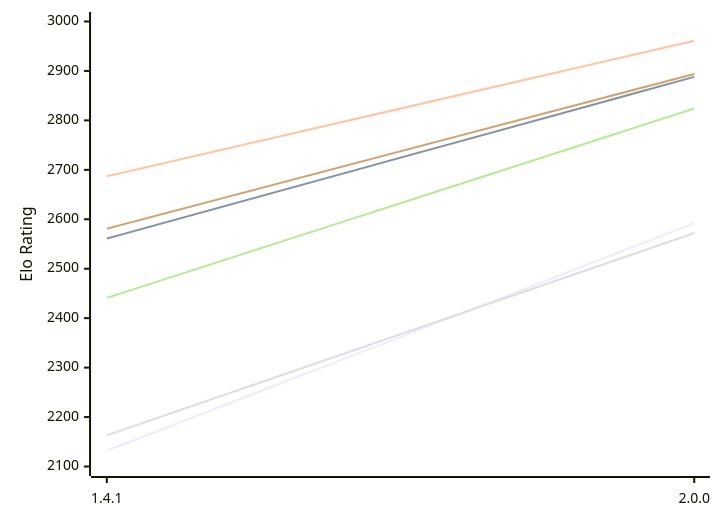
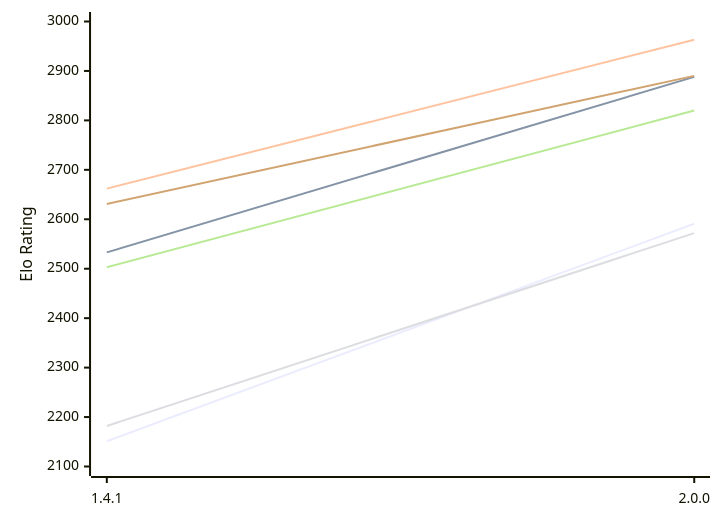
Before and after one commit to computer-chess-index/cci: the first of 2 diagrams in engines/Chal.md, drawn with Mermaid. The commit also changed other lines of this file, not shown here.

Commit message:
Update CCI Ratings (ELO VLTC) - 2026-11-15

````diff
--- a/engines/Chal.md
+++ b/engines/Chal.md
@@ -55,12 +55,12 @@
 ```mermaid
 %%{init: {"theme":"base","themeVariables":{"seriesColors:['#a3a3a3','#222221','#faa371']}}}%%
 xychart-beta
   x-axis ["1.4.1", "2.0.0"]
   y-axis "Elo Rating" 2100 --> 3000
-  line "E1: STC (8.0+0.08s)" [2132, 2592]
-  line "E1: LTC (60.0+0.60s)" [2561, 2888]
-  line "E1: VLTC (2m24s+1.12s)" [2687, 2961]
-  line "P1: STC (8.0+0.08s)" [2163, 2572]
-  line "P1: LTC (60.0+0.60s)" [2441, 2824]
-  line "P1: VLTC (2m24s+1.12s)" [2581, 2894]
+  line "E1: STC (8.0+0.08s)" [2151, 2591]
+  line "E1: LTC (60.0+0.60s)" [2533, 2888]
+  line "E1: VLTC (2m24s+1.12s)" [2662, 2963]
+  line "P1: STC (8.0+0.08s)" [2182, 2572]
+  line "P1: LTC (60.0+0.60s)" [2503, 2820]
+  line "P1: VLTC (2m24s+1.12s)" [2631, 2890]
 ```
````
